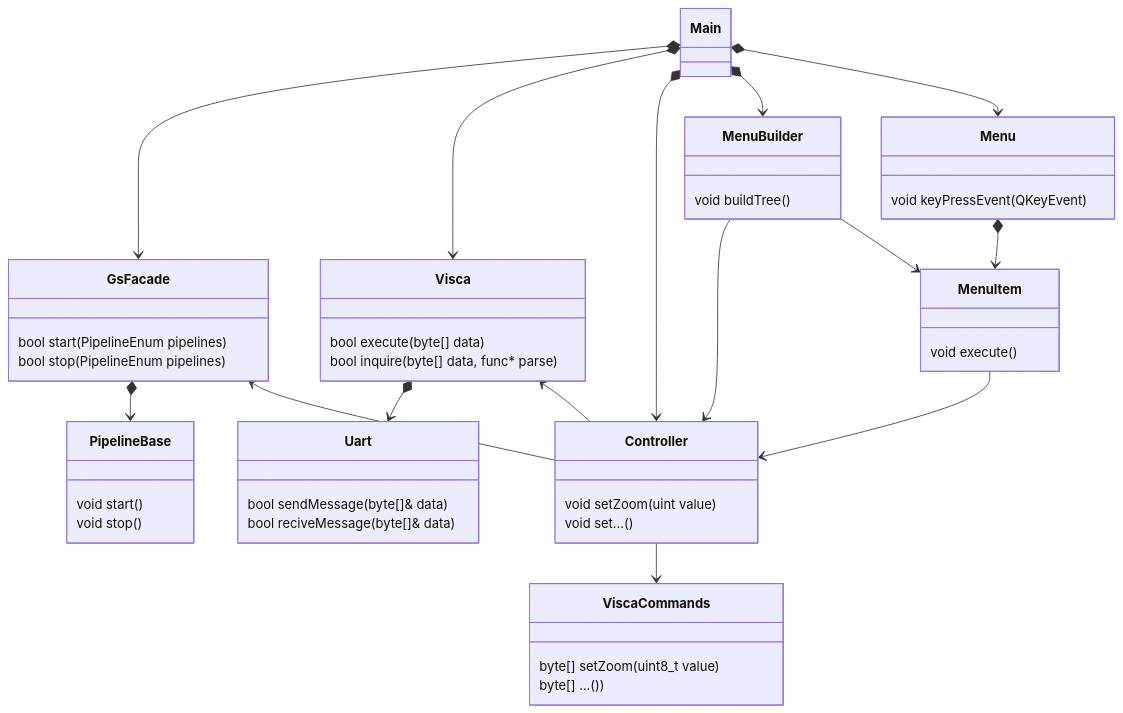
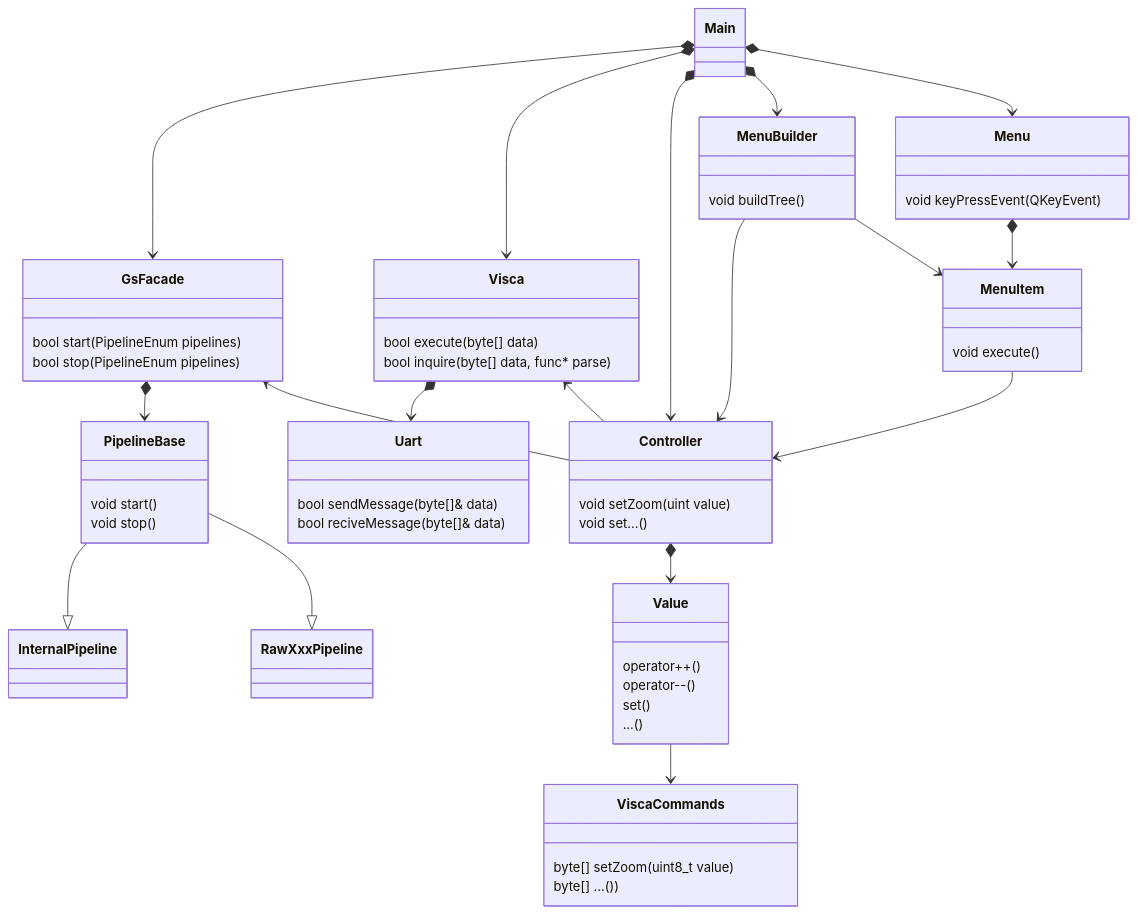
The fourth of 4 diagrams in notes.md (vesmil/Seimar-project), drawn with Mermaid before and after one commit. The commit also changed other lines of this file and 8 other files, not shown here.

````diff
--- a/notes.md
+++ b/notes.md
@@ -221,59 +230,69 @@
 ```mermaid
 classDiagram
 	Main *-->  GsFacade
 	Main *-->  Visca
 	Visca *--> Uart
 	Main *-->  Controller
 	Main *-->  MenuBuilder
 	MenuBuilder --> Controller
 	Main *-->  Menu
 	MenuBuilder --> MenuItem
 	MenuItem --> Controller
 	Visca <-- Controller
 	Menu *--> MenuItem
 	GsFacade *--> PipelineBase
-	Controller --> ViscaCommands
+	PipelineBase --|> InternalPipeline
+    PipelineBase --|> RawXxxPipeline
 	GsFacade <-- Controller
+	Controller *--> Value
+	Value --> ViscaCommands
 	
 	class MenuBuilder {
 		void buildTree()
 	}
 	
     class Menu {
 		void keyPressEvent(QKeyEvent)
 	}
 	
 	class MenuItem {
 		void execute()
 	}
 	
     class Controller {
 		void setZoom(uint value)
 		void set...()
 	}
 	
 	class Visca {
 		bool execute(byte[] data)
 		bool inquire(byte[] data, func* parse)
 	}
 	
 	class Uart {
 		bool sendMessage(byte[]& data)
 		bool reciveMessage(byte[]& data)
 	}
 	
     class GsFacade {
 		bool start(PipelineEnum pipelines)
 		bool stop(PipelineEnum pipelines)
 	}
 	
 	class PipelineBase {
 		void start()
 		void stop()
 	}
 	
 	class ViscaCommands {
 		byte[] setZoom(uint8_t value)
 		byte[] ...())
 	}
+	
+	class Value {
+		operator++()
+		operator--()
+		set()
+		...()
+	}	
 ```
````
